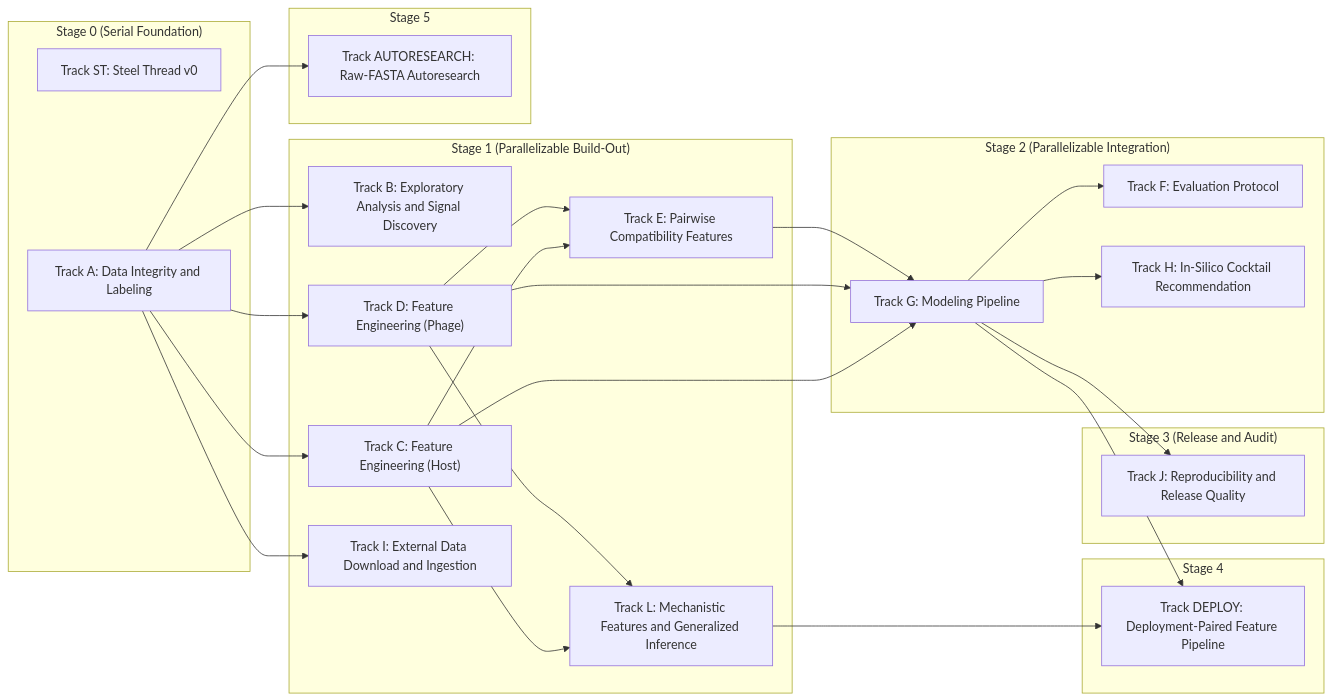
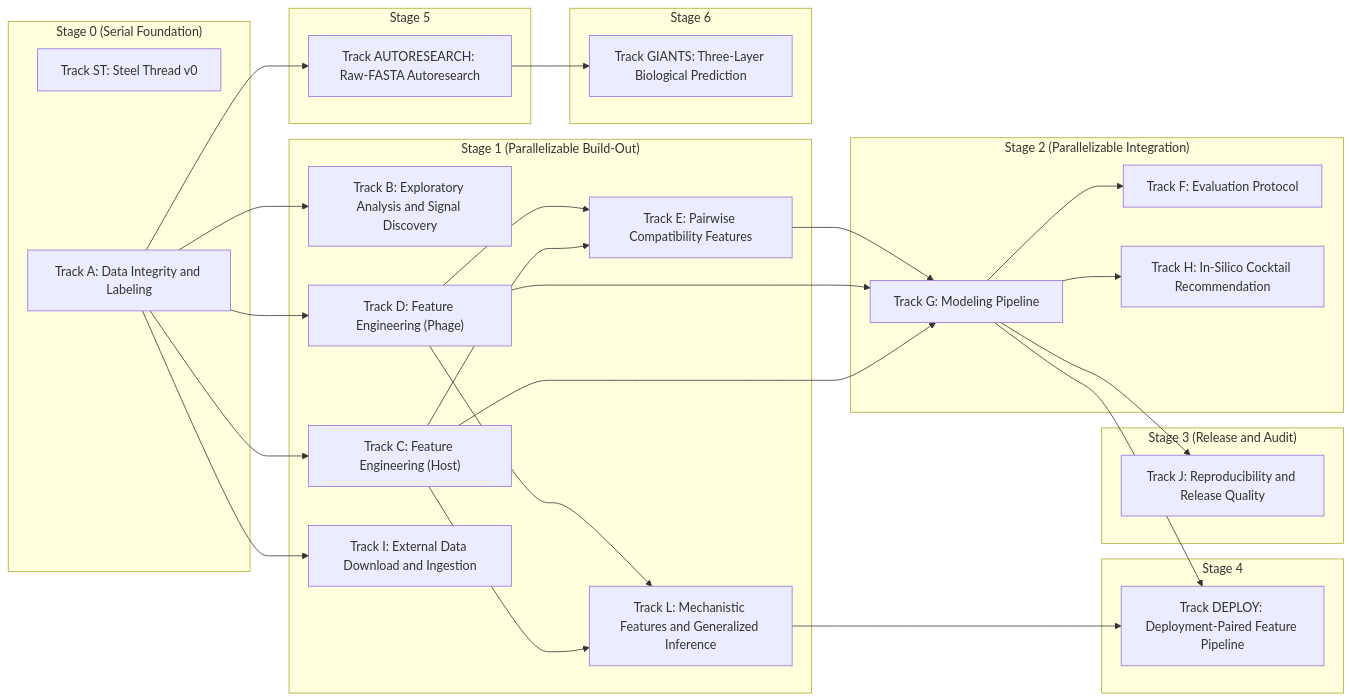
One commit to LorenaDerezanin/coli_phage_interactions_2023 changed the diagram in lyzortx/research_notes/PLAN.md. Above: the diagram before and after it, drawn with Mermaid. The commit also changed other lines of this file and 3 other files, not shown here.

First line of the commit message:
Launch Track GIANTS: three-layer biological prediction model

````diff
--- a/lyzortx/research_notes/PLAN.md
+++ b/lyzortx/research_notes/PLAN.md
@@ -7,52 +7,57 @@
 ```mermaid
 graph LR
   subgraph s0["Stage 0 (Serial Foundation)"]
     tst["Track ST: Steel Thread v0"]
     ta["Track A: Data Integrity and Labeling"]
   end
 
   subgraph s1["Stage 1 (Parallelizable Build-Out)"]
     tb["Track B: Exploratory Analysis and Signal Discovery"]
     tc["Track C: Feature Engineering (Host)"]
     td["Track D: Feature Engineering (Phage)"]
     te["Track E: Pairwise Compatibility Features"]
     ti["Track I: External Data Download and Ingestion"]
     tl["Track L: Mechanistic Features and Generalized Inference"]
   end
 
   subgraph s2["Stage 2 (Parallelizable Integration)"]
     tf["Track F: Evaluation Protocol"]
     tg["Track G: Modeling Pipeline"]
     th["Track H: In-Silico Cocktail Recommendation"]
   end
 
   subgraph s3["Stage 3 (Release and Audit)"]
     tj["Track J: Reproducibility and Release Quality"]
   end
 
   subgraph s4["Stage 4"]
     tdeploy["Track DEPLOY: Deployment-Paired Feature Pipeline"]
   end
 
   subgraph s5["Stage 5"]
     tautoresearch["Track AUTORESEARCH: Raw-FASTA Autoresearch"]
   end
 
+  subgraph s6["Stage 6"]
+    tgiants["Track GIANTS: Three-Layer Biological Prediction"]
+  end
+
   ta --> tb
   ta --> tc
   ta --> td
   tc --> te
   td --> te
   tg --> tf
   tc --> tg
   td --> tg
   te --> tg
   tg --> th
   ta --> ti
   tc --> tl
   td --> tl
   tg --> tj
   tl --> tdeploy
   tg --> tdeploy
   ta --> tautoresearch
+  tautoresearch --> tgiants
 ```
````
